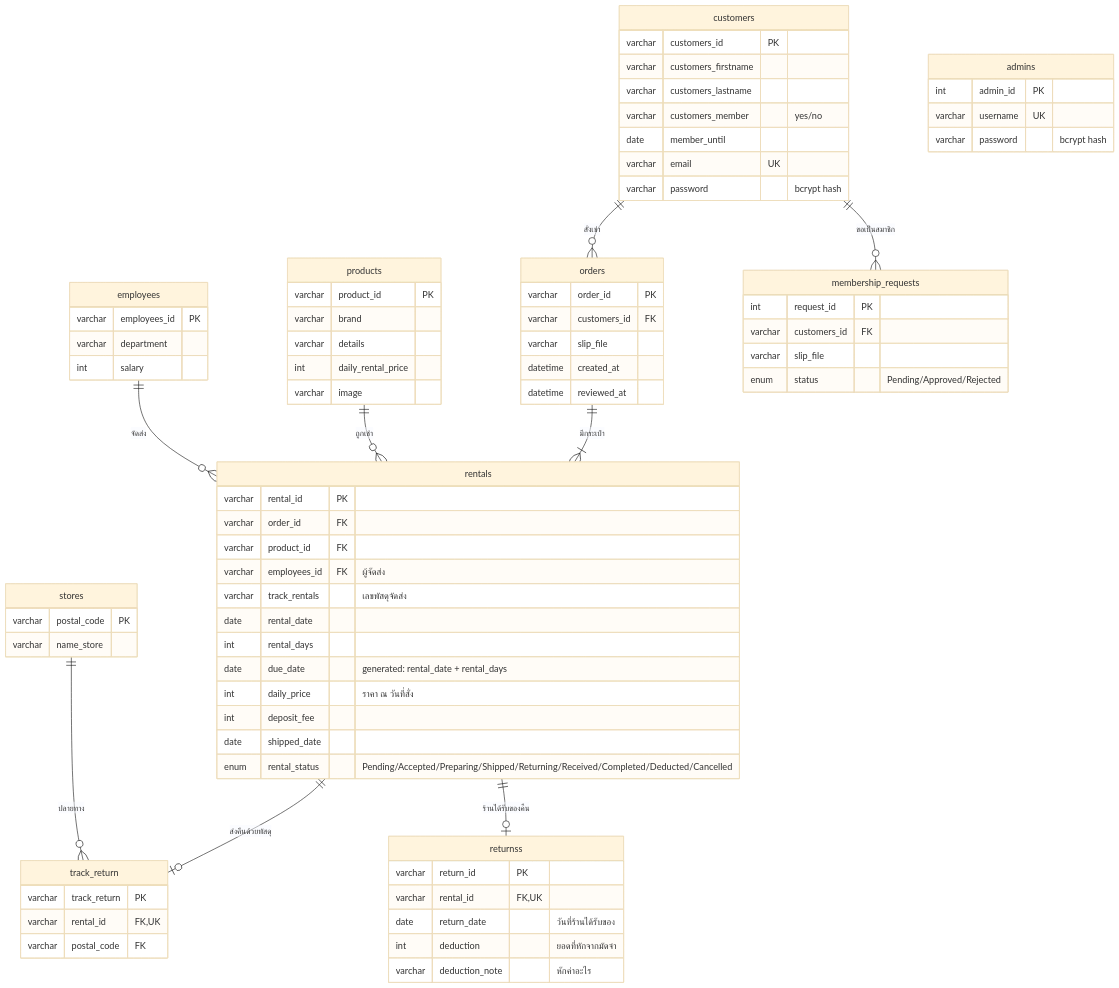
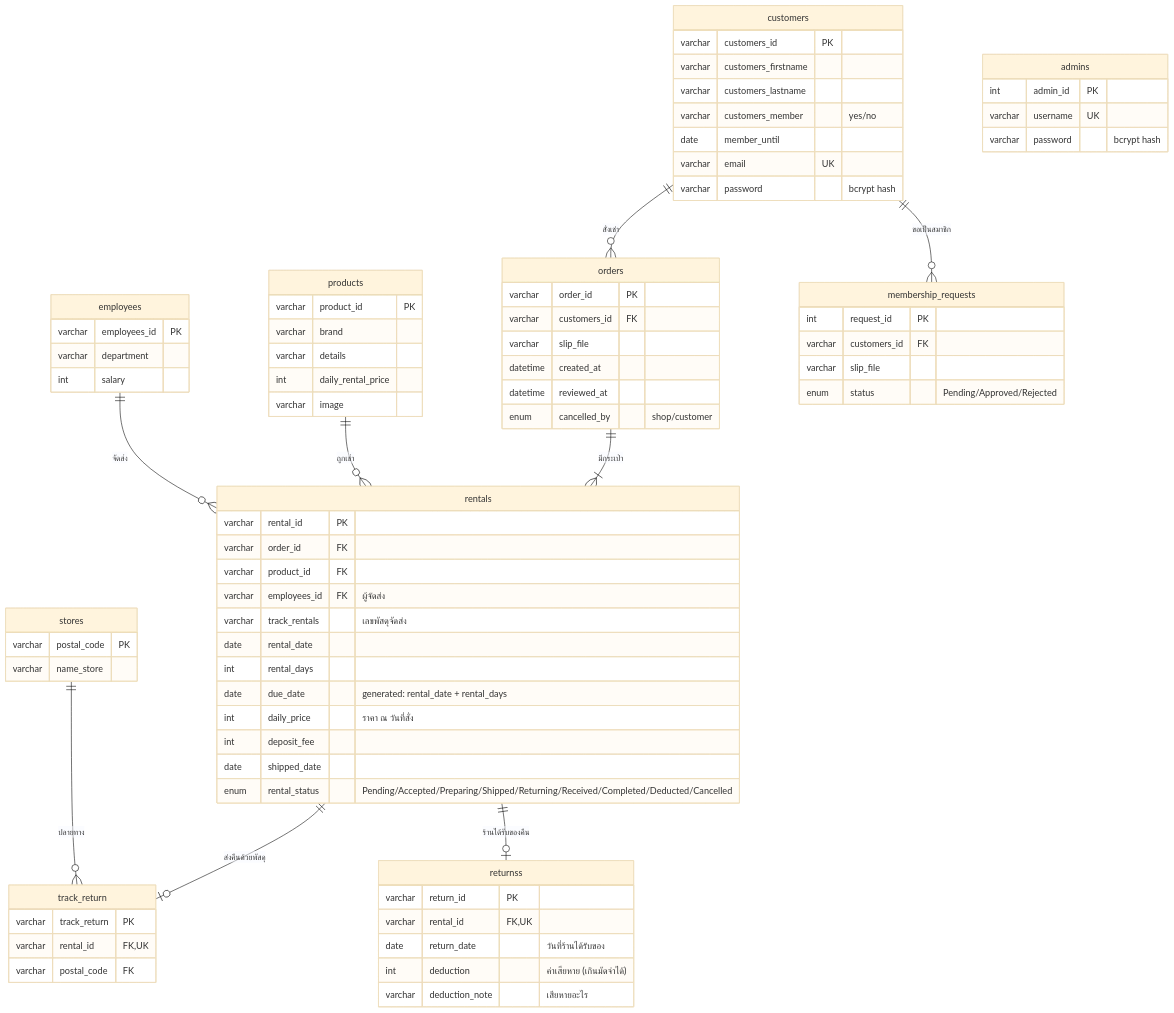
One commit to sawettamaln-s/The-Brandname-Rental changed the second of 2 diagrams in README.md. Above: the diagram before and after it, drawn with Mermaid (base theme). The commit also changed other lines of this file and 25 other files, not shown here.

````diff
--- a/README.md
+++ b/README.md
@@ -82,81 +88,82 @@
 ```mermaid
 erDiagram
     customers ||--o{ orders : "สั่งเช่า"
     orders    ||--|{ rentals : "มีกระเป๋า"
     products  ||--o{ rentals : "ถูกเช่า"
     employees ||--o{ rentals : "จัดส่ง"
     rentals   ||--o| track_return : "ส่งคืนด้วยพัสดุ"
     rentals   ||--o| returnss : "ร้านได้รับของคืน"
     stores    ||--o{ track_return : "ปลายทาง"
     customers ||--o{ membership_requests : "ขอเป็นสมาชิก"
 
     customers {
         varchar customers_id PK
         varchar customers_firstname
         varchar customers_lastname
         varchar customers_member "yes/no"
         date member_until
         varchar email UK
         varchar password "bcrypt hash"
     }
     orders {
         varchar order_id PK
         varchar customers_id FK
         varchar slip_file
         datetime created_at
         datetime reviewed_at
+        enum cancelled_by "shop/customer"
     }
     products {
         varchar product_id PK
         varchar brand
         varchar details
         int daily_rental_price
         varchar image
     }
     employees {
         varchar employees_id PK
         varchar department
         int salary
     }
     rentals {
         varchar rental_id PK
         varchar order_id FK
         varchar product_id FK
         varchar employees_id FK "ผู้จัดส่ง"
         varchar track_rentals "เลขพัสดุจัดส่ง"
         date rental_date
         int rental_days
         date due_date "generated: rental_date + rental_days"
         int daily_price "ราคา ณ วันที่สั่ง"
         int deposit_fee
         date shipped_date
         enum rental_status "Pending/Accepted/Preparing/Shipped/Returning/Received/Completed/Deducted/Cancelled"
     }
     track_return {
         varchar track_return PK
         varchar rental_id FK,UK
         varchar postal_code FK
     }
     returnss {
         varchar return_id PK
         varchar rental_id FK,UK
         date return_date "วันที่ร้านได้รับของ"
-        int deduction "ยอดที่หักจากมัดจำ"
-        varchar deduction_note "หักค่าอะไร"
+        int deduction "ค่าเสียหาย (เกินมัดจำได้)"
+        varchar deduction_note "เสียหายอะไร"
     }
     stores {
         varchar postal_code PK
         varchar name_store
     }
     membership_requests {
         int request_id PK
         varchar customers_id FK
         varchar slip_file
         enum status "Pending/Approved/Rejected"
     }
     admins {
         int admin_id PK
         varchar username UK
         varchar password "bcrypt hash"
     }
 ```
````
